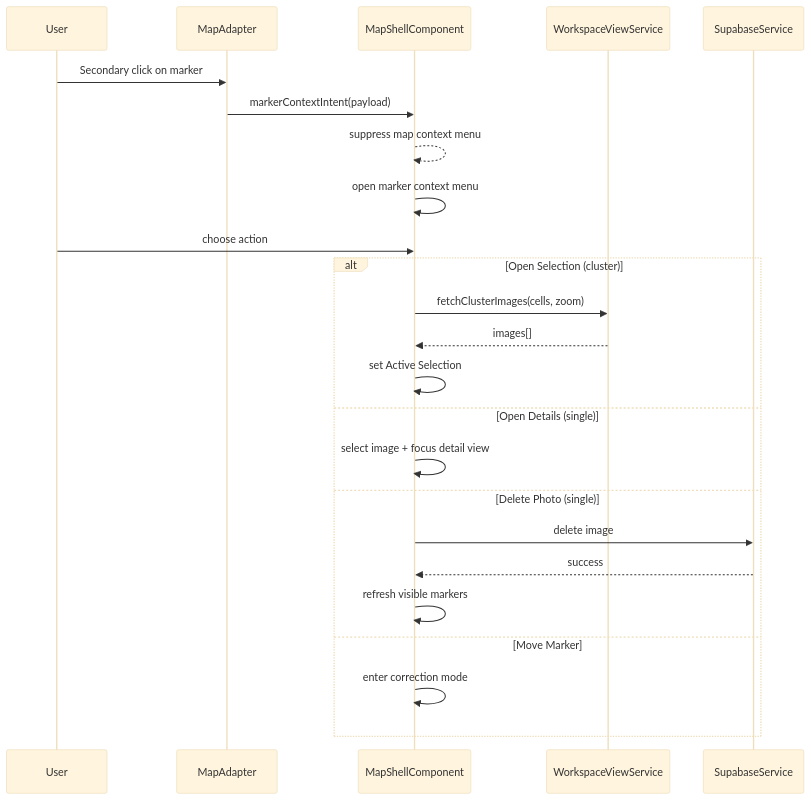
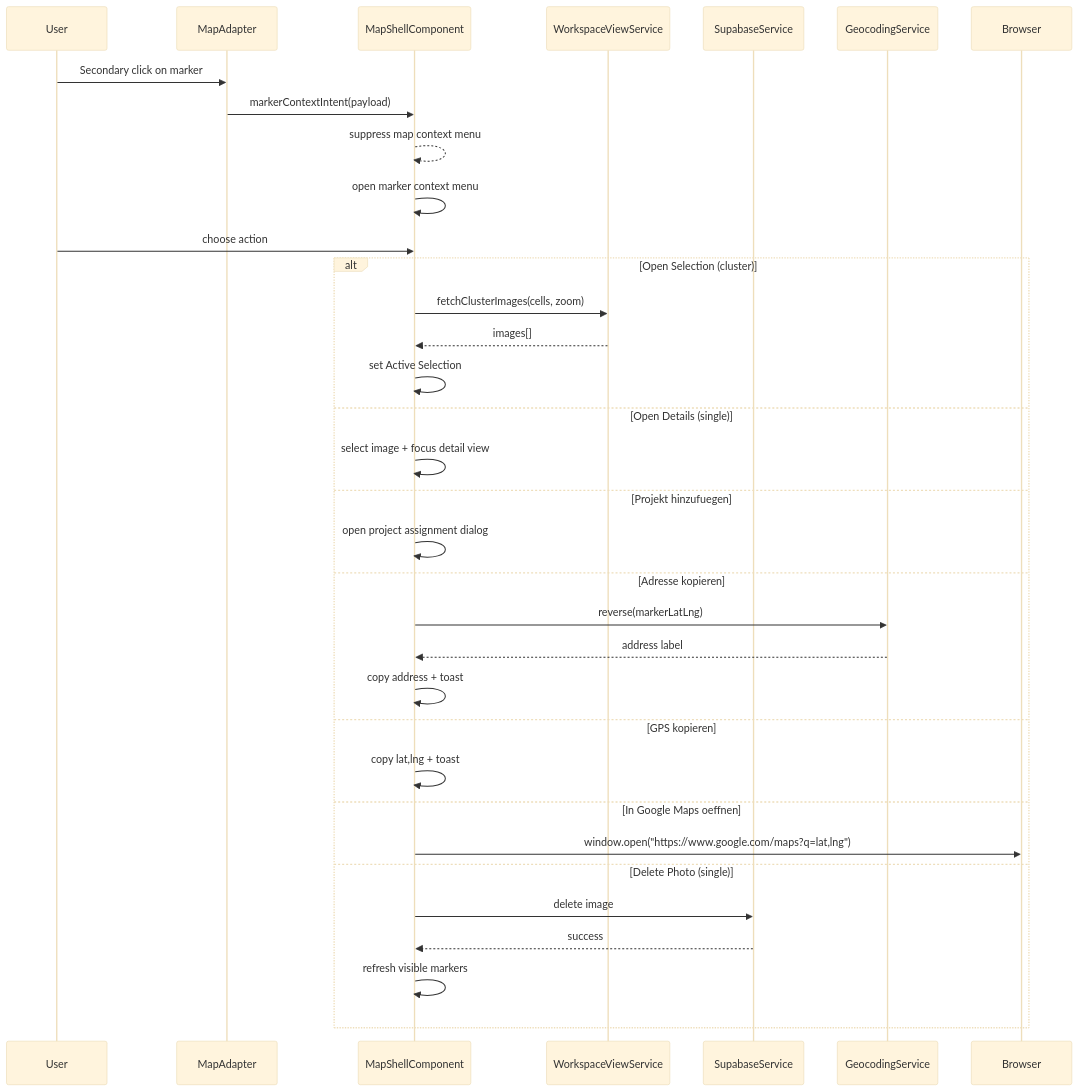
One commit to matkleve/feldpost changed the second of 2 diagrams in docs/element-specs/photo-marker-context-menu.md. Above: the diagram before and after it, drawn with Mermaid (base theme). The commit also changed other lines of this file and 27 other files, not shown here.

````diff
--- a/docs/element-specs/photo-marker-context-menu.md
+++ b/docs/element-specs/photo-marker-context-menu.md
@@ -112,27 +128,37 @@
 ```mermaid
 sequenceDiagram
   participant U as User
   participant MA as MapAdapter
   participant MS as MapShellComponent
   participant WVS as WorkspaceViewService
   participant SS as SupabaseService
+  participant GS as GeocodingService
+  participant BR as Browser
 
   U->>MA: Secondary click on marker
   MA->>MS: markerContextIntent(payload)
   MS-->>MS: suppress map context menu
   MS->>MS: open marker context menu
   U->>MS: choose action
   alt Open Selection (cluster)
     MS->>WVS: fetchClusterImages(cells, zoom)
     WVS-->>MS: images[]
     MS->>MS: set Active Selection
   else Open Details (single)
     MS->>MS: select image + focus detail view
+  else Projekt hinzufuegen
+    MS->>MS: open project assignment dialog
+  else Adresse kopieren
+    MS->>GS: reverse(markerLatLng)
+    GS-->>MS: address label
+    MS->>MS: copy address + toast
+  else GPS kopieren
+    MS->>MS: copy lat,lng + toast
+  else In Google Maps oeffnen
+    MS->>BR: window.open("https://www.google.com/maps?q=lat,lng")
   else Delete Photo (single)
     MS->>SS: delete image
     SS-->>MS: success
     MS->>MS: refresh visible markers
-  else Move Marker
-    MS->>MS: enter correction mode
   end
 ```
````
